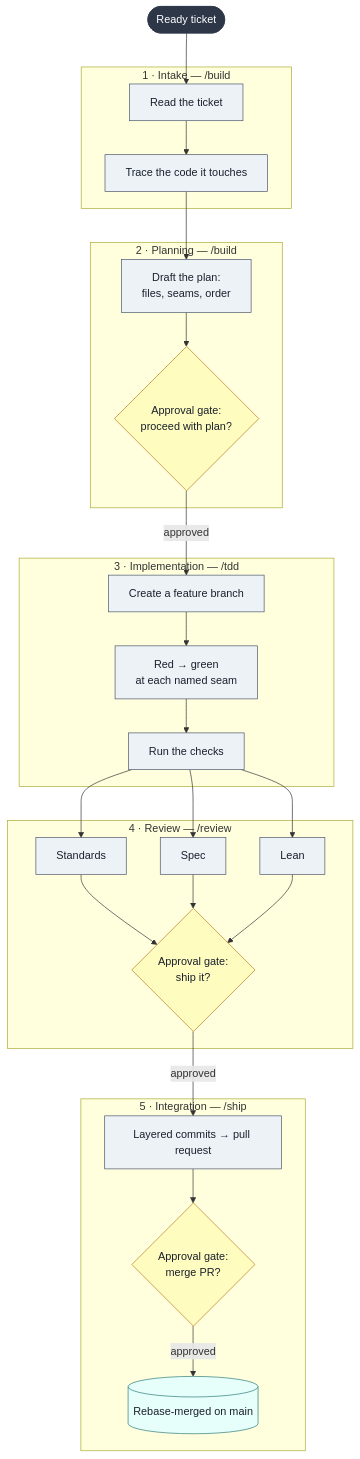
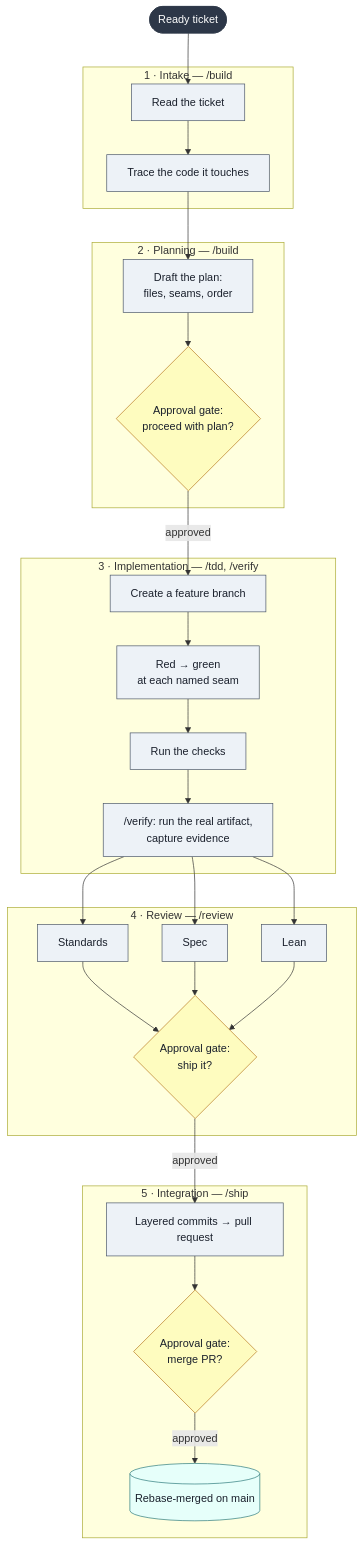
Before and after one commit to jl-tavera/dotagents: the second of 3 diagrams in README.md, drawn with Mermaid. The commit also changed other lines of this file and 3 other files, not shown here.

First line of the commit message:
Run /verify in every /build, between the checks and /review

````diff
--- a/README.md
+++ b/README.md
@@ -112,49 +112,50 @@
 ```mermaid
 flowchart TD
     classDef terminal fill:#2d3748,stroke:#2d3748,color:#ffffff
     classDef step fill:#edf2f7,stroke:#4a5568,color:#1a202c
     classDef gate fill:#fefcbf,stroke:#b7791f,color:#1a202c
     classDef artifact fill:#e6fffa,stroke:#2c7a7b,color:#1a202c
 
     IN(["Ready ticket"]):::terminal
 
     subgraph T1["1 · Intake — /build"]
         T1a["Read the ticket"]:::step
         T1b["Trace the code it touches"]:::step
         T1a --> T1b
     end
 
     subgraph T2["2 · Planning — /build"]
         T2a["Draft the plan:<br/>files, seams, order"]:::step
         T2g{"Approval gate:<br/>proceed with plan?"}:::gate
         T2a --> T2g
     end
 
-    subgraph T3["3 · Implementation — /tdd"]
+    subgraph T3["3 · Implementation — /tdd, /verify"]
         T3a["Create a feature branch"]:::step
         T3b["Red → green<br/>at each named seam"]:::step
         T3c["Run the checks"]:::step
-        T3a --> T3b --> T3c
+        T3d["/verify: run the real artifact,<br/>capture evidence"]:::step
+        T3a --> T3b --> T3c --> T3d
     end
 
     subgraph T4["4 · Review — /review"]
         T4a["Standards"]:::step
         T4b["Spec"]:::step
         T4c["Lean"]:::step
         T4g{"Approval gate:<br/>ship it?"}:::gate
         T4a & T4b & T4c --> T4g
     end
 
     subgraph T5["5 · Integration — /ship"]
         T5a["Layered commits → pull request"]:::step
         T5g{"Approval gate:<br/>merge PR?"}:::gate
         T5b[("Rebase-merged on main")]:::artifact
         T5a --> T5g -->|approved| T5b
     end
 
     IN --> T1a
     T1b --> T2a
     T2g -->|approved| T3a
-    T3c --> T4a & T4b & T4c
+    T3d --> T4a & T4b & T4c
     T4g -->|approved| T5a
 ```
````
